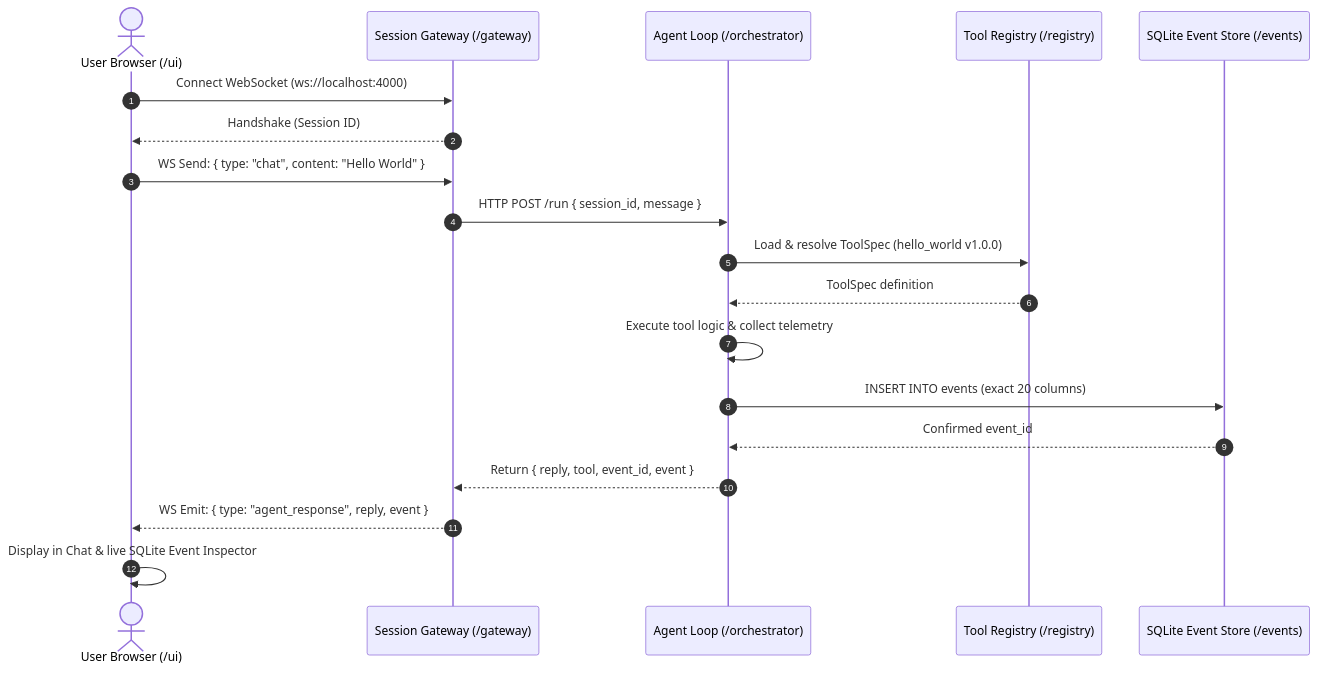
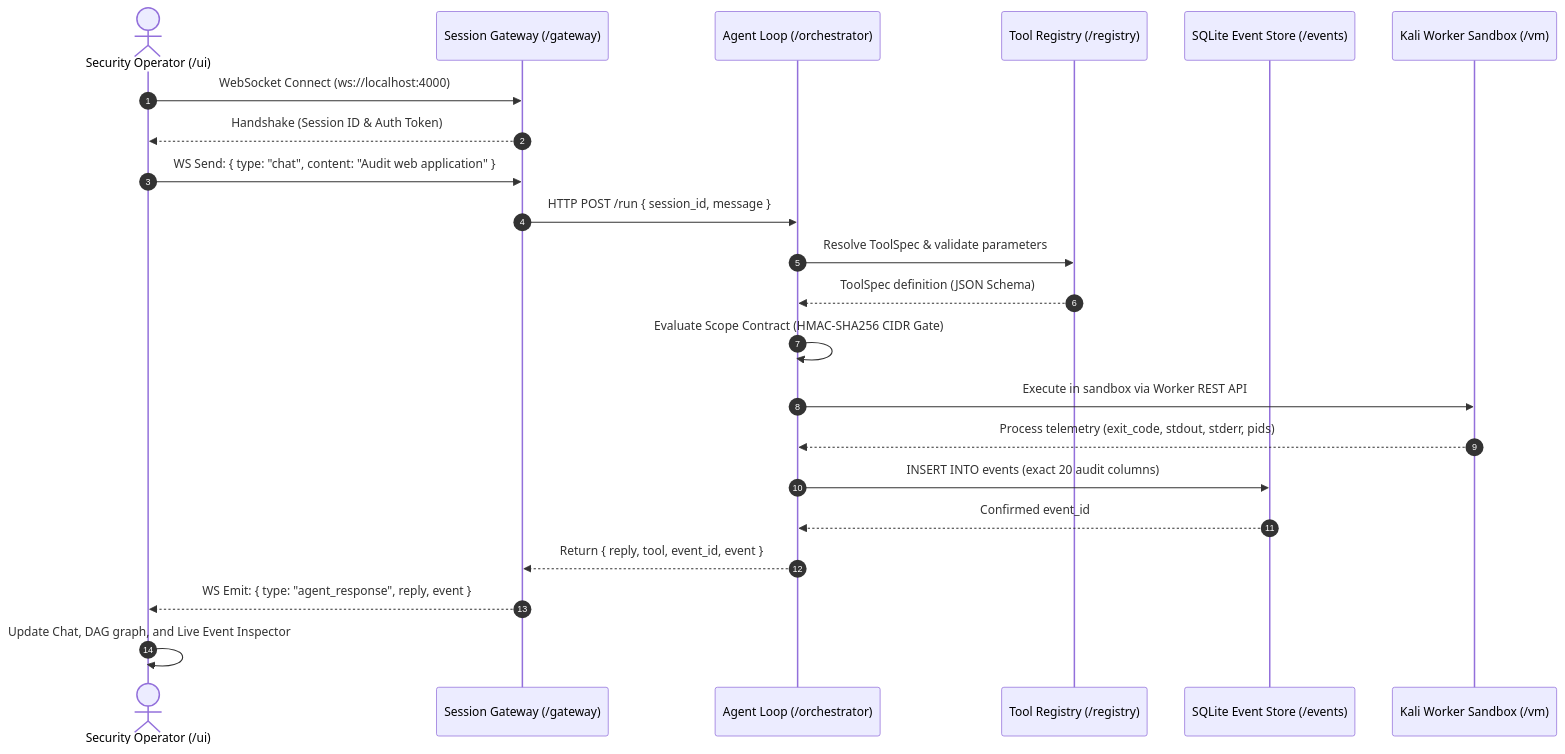
The first of 4 diagrams in README.md (its-tanay003/Kairo), drawn with Mermaid before and after one commit. The commit also changed other lines of this file and 1 other file, not shown here.

Commit message:
docs: update README with comprehensive Kairo platform architecture and add lab history file

````diff
--- a/README.md
+++ b/README.md
@@ -18,22 +50,25 @@
 ```mermaid
 sequenceDiagram
     autonumber
-    actor User as User Browser (/ui)
+    actor User as Security Operator (/ui)
     participant GW as Session Gateway (/gateway)
     participant ORCH as Agent Loop (/orchestrator)
     participant REG as Tool Registry (/registry)
     participant EVT as SQLite Event Store (/events)
+    participant VM as Kali Worker Sandbox (/vm)
 
-    User->>GW: Connect WebSocket (ws://localhost:4000)
-    GW-->>User: Handshake (Session ID)
-    User->>GW: WS Send: { type: "chat", content: "Hello World" }
+    User->>GW: WebSocket Connect (ws://localhost:4000)
+    GW-->>User: Handshake (Session ID & Auth Token)
+    User->>GW: WS Send: { type: "chat", content: "Audit web application" }
     GW->>ORCH: HTTP POST /run { session_id, message }
-    ORCH->>REG: Load & resolve ToolSpec (hello_world v1.0.0)
-    REG-->>ORCH: ToolSpec definition
-    ORCH->>ORCH: Execute tool logic & collect telemetry
-    ORCH->>EVT: INSERT INTO events (exact 20 columns)
+    ORCH->>REG: Resolve ToolSpec & validate parameters
+    REG-->>ORCH: ToolSpec definition (JSON Schema)
+    ORCH->>ORCH: Evaluate Scope Contract (HMAC-SHA256 CIDR Gate)
+    ORCH->>VM: Execute in sandbox via Worker REST API
+    VM-->>ORCH: Process telemetry (exit_code, stdout, stderr, pids)
+    ORCH->>EVT: INSERT INTO events (exact 20 audit columns)
     EVT-->>ORCH: Confirmed event_id
     ORCH-->>GW: Return { reply, tool, event_id, event }
     GW-->>User: WS Emit: { type: "agent_response", reply, event }
-    User->>User: Display in Chat & live SQLite Event Inspector
+    User->>User: Update Chat, DAG graph, and Live Event Inspector
 ```
````
